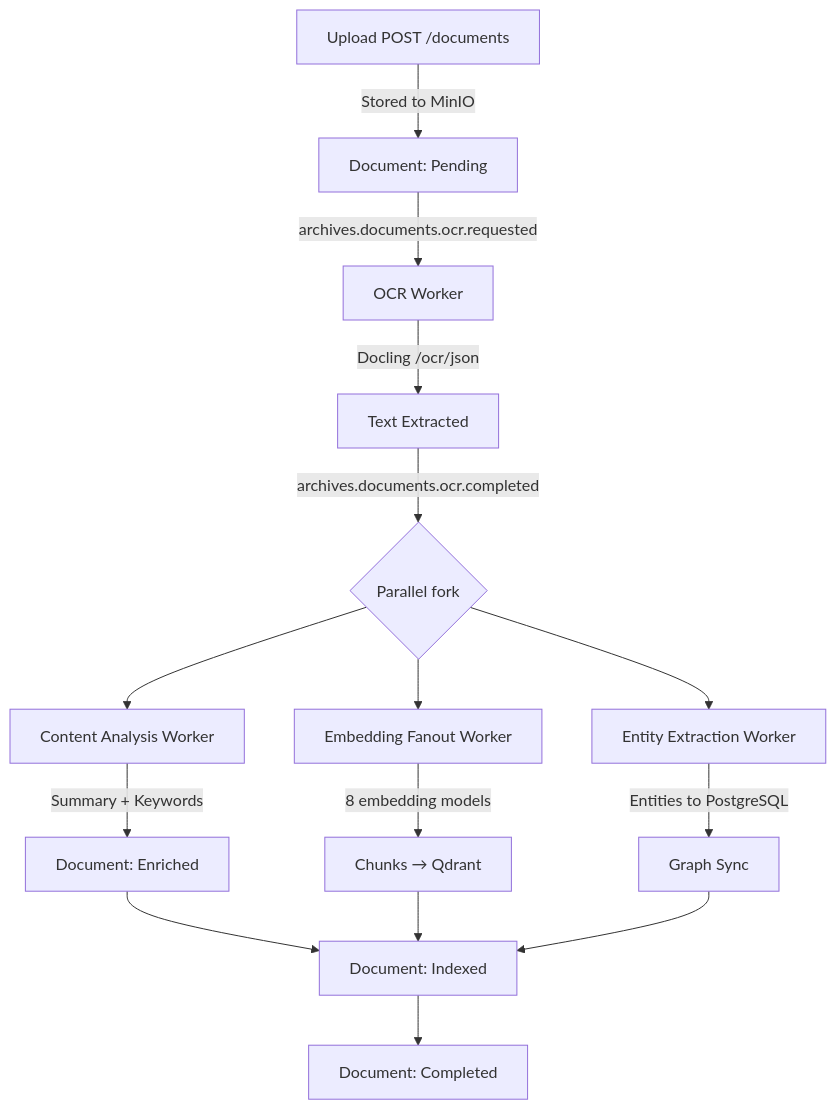
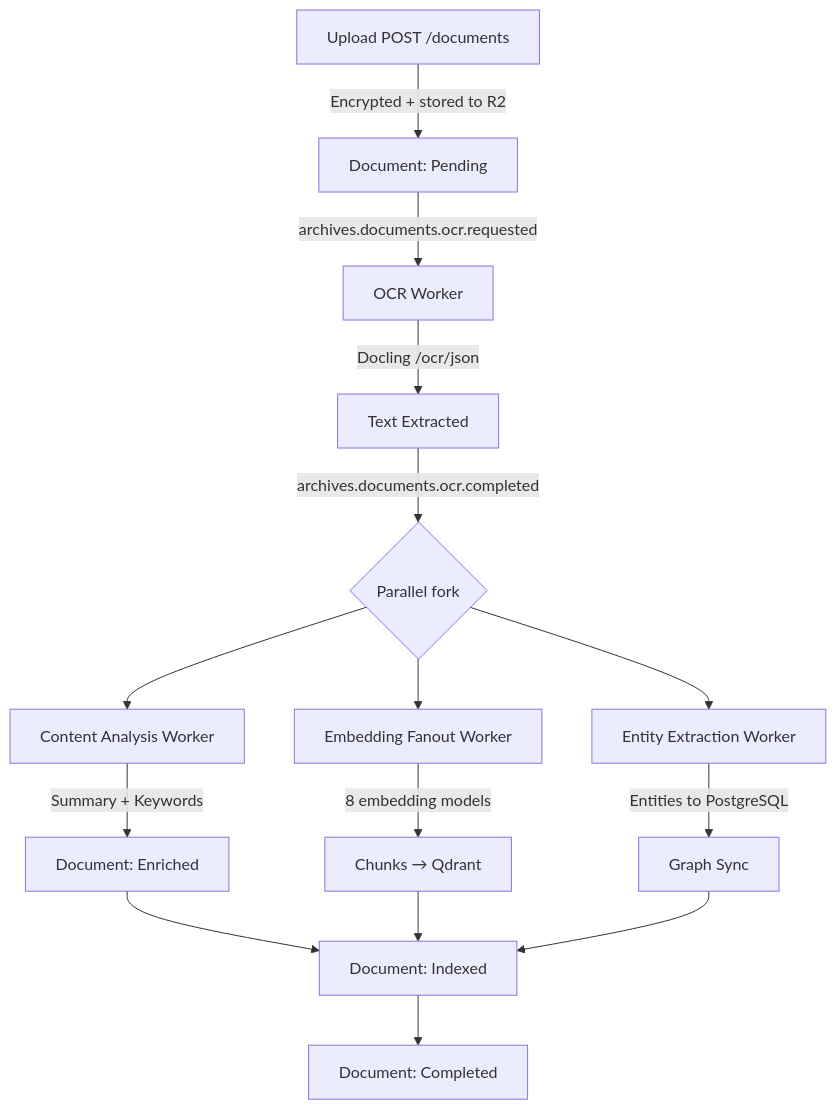
The diagram in src/content/blog/bluerobin-features-document-archives-ocr.mdx (viktorrobin/bluerobin-blog), drawn with Mermaid before and after one commit. The commit also changed other lines of this file and 2 other files, not shown here.

````diff
--- a/src/content/blog/bluerobin-features-document-archives-ocr.mdx
+++ b/src/content/blog/bluerobin-features-document-archives-ocr.mdx
@@ -46,17 +46,17 @@
 ```mermaid
 flowchart TD
-    A[Upload POST /documents] -->|Stored to MinIO| B[Document: Pending]
+    A[Upload POST /documents] -->|Encrypted + stored to R2| B[Document: Pending]
     B -->|archives.documents.ocr.requested| C[OCR Worker]
     C -->|Docling /ocr/json| D[Text Extracted]
     D -->|archives.documents.ocr.completed| E{Parallel fork}
     E --> F[Content Analysis Worker]
     E --> G[Entity Extraction Worker]
     E --> H[Embedding Fanout Worker]
     F -->|Summary + Keywords| I[Document: Enriched]
     G -->|Entities to PostgreSQL| J[Graph Sync]
     H -->|8 embedding models| K[Chunks → Qdrant]
     I --> L[Document: Indexed]
     K --> L
     J --> L
     L --> M[Document: Completed]
 ```
````
